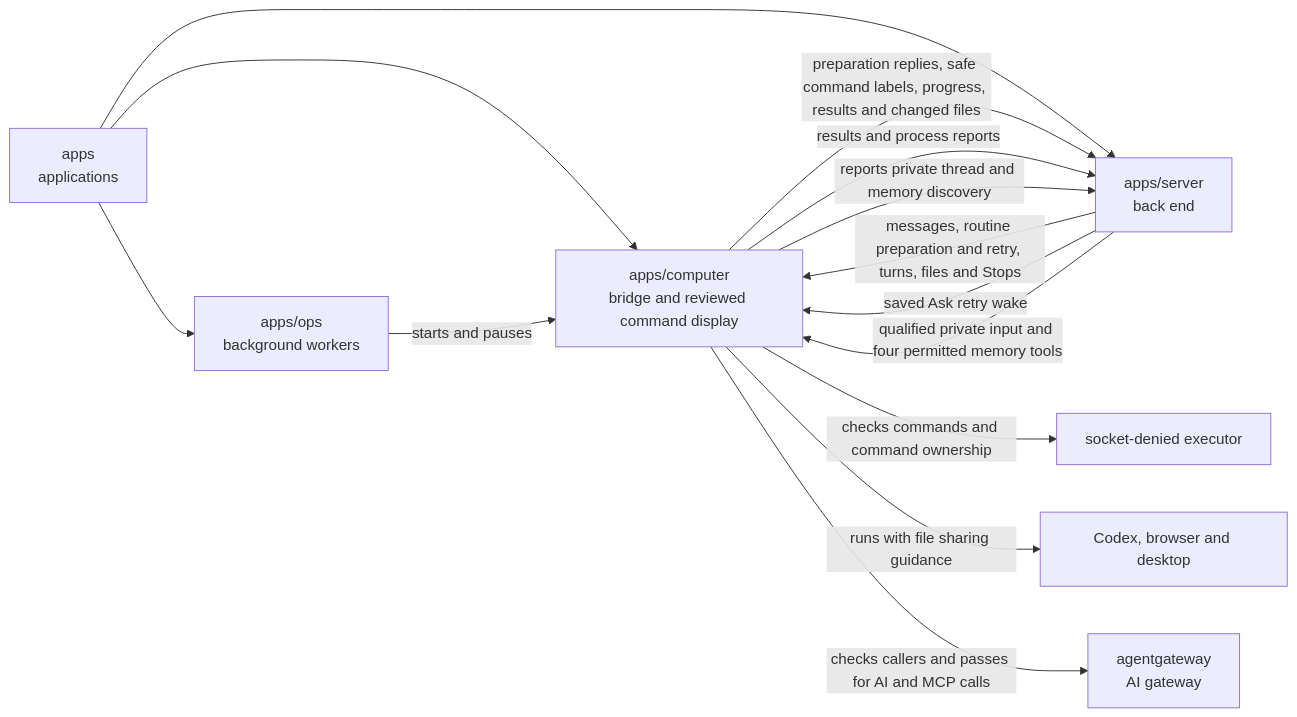
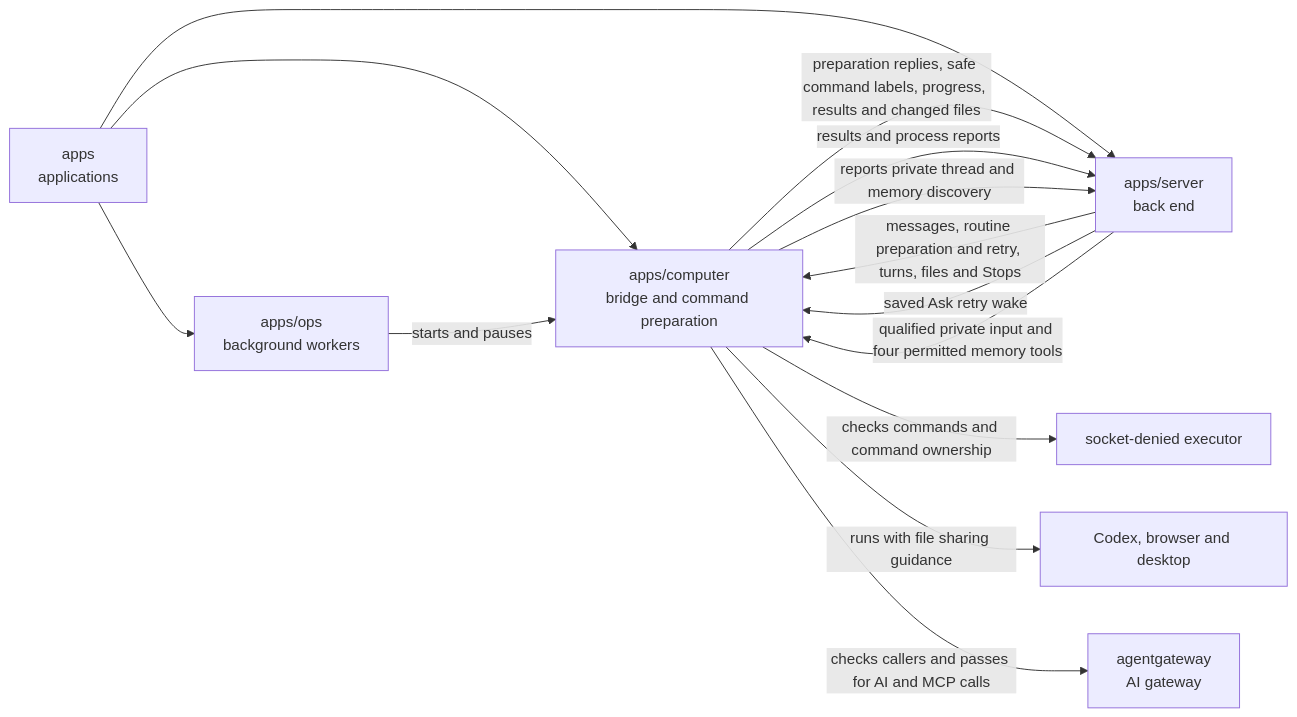
The diagram in apps/computer/README.md (elewa-git/opencrane-new), drawn with Mermaid before and after one commit. The commit also changed other lines of this file and 4 other files, not shown here.

Commit message:
🔒 Hide every command argument outside reviewed subcommands

````diff
--- a/apps/computer/README.md
+++ b/apps/computer/README.md
@@ -16,16 +16,16 @@
 ```mermaid
 flowchart LR
-  apps["apps<br/>applications"] --> computer["apps/computer<br/>bridge and reviewed command display"]
+  apps["apps<br/>applications"] --> computer["apps/computer<br/>bridge and command preparation"]
   apps --> ops["apps/ops<br/>background workers"]
   apps --> server["apps/server<br/>back end"]
   ops -->|starts and pauses| computer
   server -->|messages, routine preparation and retry, turns, files and Stops| computer
   server -->|saved Ask retry wake| computer
   computer -->|preparation replies, safe command labels, progress, results and changed files| server
   computer -->|results and process reports| server
   server -->|qualified private input and four permitted memory tools| computer
   computer -->|reports private thread and memory discovery| server
   computer -->|checks commands and command ownership| executor["socket-denied executor"]
   computer -->|runs with file sharing guidance| desktop["Codex, browser and desktop"]
   computer -->|checks callers and passes for AI and MCP calls| gateway["agentgateway<br/>AI gateway"]
 ```
````
